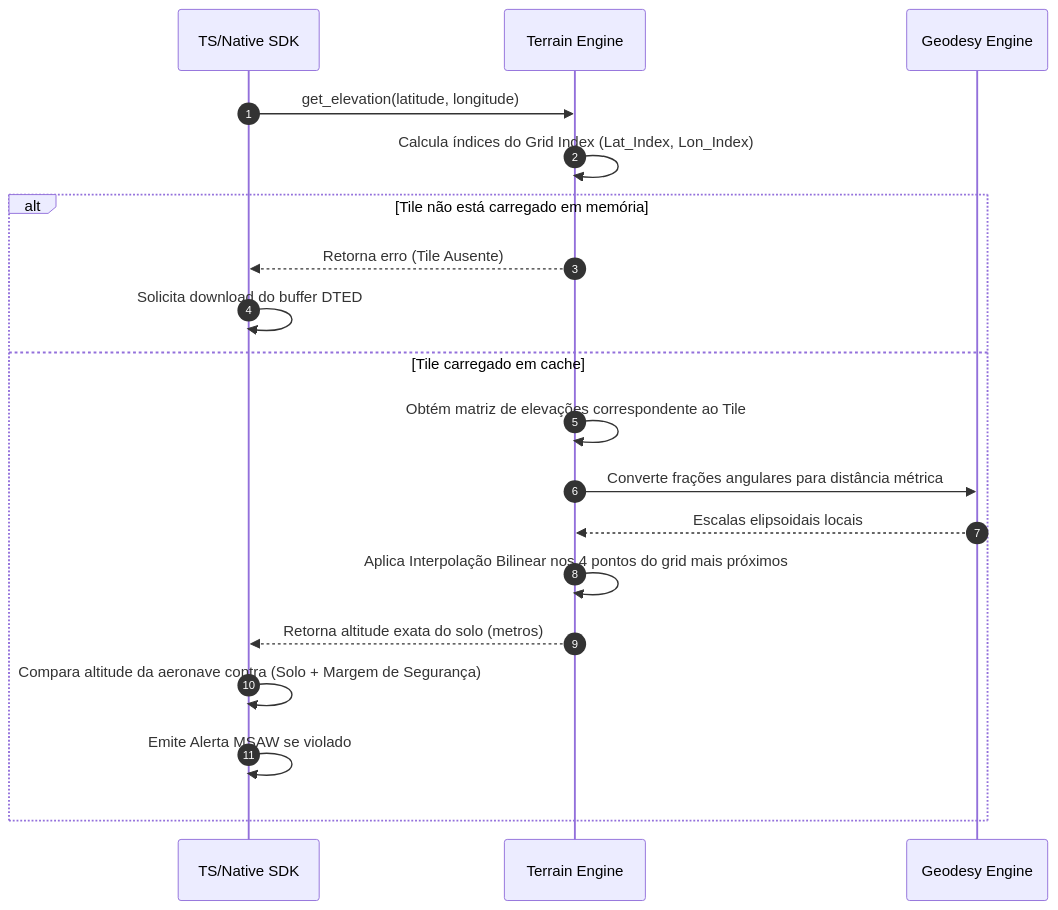
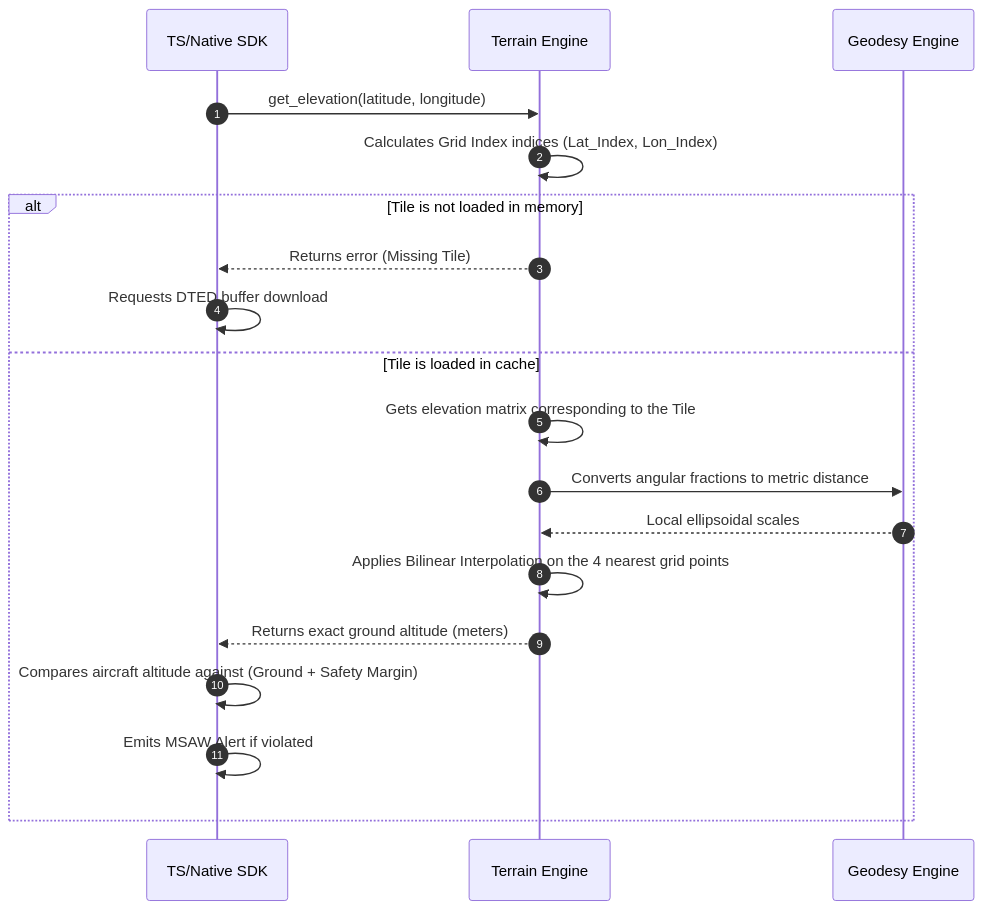
One commit to rodoni/olayer changed the third of 3 diagrams in docs/core/components.md. Above: the diagram before and after it, drawn with Mermaid. The commit also changed other lines of this file and 29 other files, not shown here.

````diff
--- a/docs/core/components.md
+++ b/docs/core/components.md
@@ -470,22 +474,22 @@
 ```mermaid
 sequenceDiagram
     autonumber
     participant SDK as TS/Native SDK
     participant Terrain as Terrain Engine
     participant Geo as Geodesy Engine
 
     SDK->>Terrain: get_elevation(latitude, longitude)
-    Terrain->>Terrain: Calcula índices do Grid Index (Lat_Index, Lon_Index)
-    alt Tile não está carregado em memória
-        Terrain-->>SDK: Retorna erro (Tile Ausente)
-        SDK->>SDK: Solicita download do buffer DTED
-    else Tile carregado em cache
-        Terrain->>Terrain: Obtém matriz de elevações correspondente ao Tile
-        Terrain->>Geo: Converte frações angulares para distância métrica
-        Geo-->>Terrain: Escalas elipsoidais locais
-        Terrain->>Terrain: Aplica Interpolação Bilinear nos 4 pontos do grid mais próximos
-        Terrain-->>SDK: Retorna altitude exata do solo (metros)
-        SDK->>SDK: Compara altitude da aeronave contra (Solo + Margem de Segurança)
-        SDK->>SDK: Emite Alerta MSAW se violado
+    Terrain->>Terrain: Calculates Grid Index indices (Lat_Index, Lon_Index)
+    alt Tile is not loaded in memory
+        Terrain-->>SDK: Returns error (Missing Tile)
+        SDK->>SDK: Requests DTED buffer download
+    else Tile is loaded in cache
+        Terrain->>Terrain: Gets elevation matrix corresponding to the Tile
+        Terrain->>Geo: Converts angular fractions to metric distance
+        Geo-->>Terrain: Local ellipsoidal scales
+        Terrain->>Terrain: Applies Bilinear Interpolation on the 4 nearest grid points
+        Terrain-->>SDK: Returns exact ground altitude (meters)
+        SDK->>SDK: Compares aircraft altitude against (Ground + Safety Margin)
+        SDK->>SDK: Emits MSAW Alert if violated
     end
 ```
````
